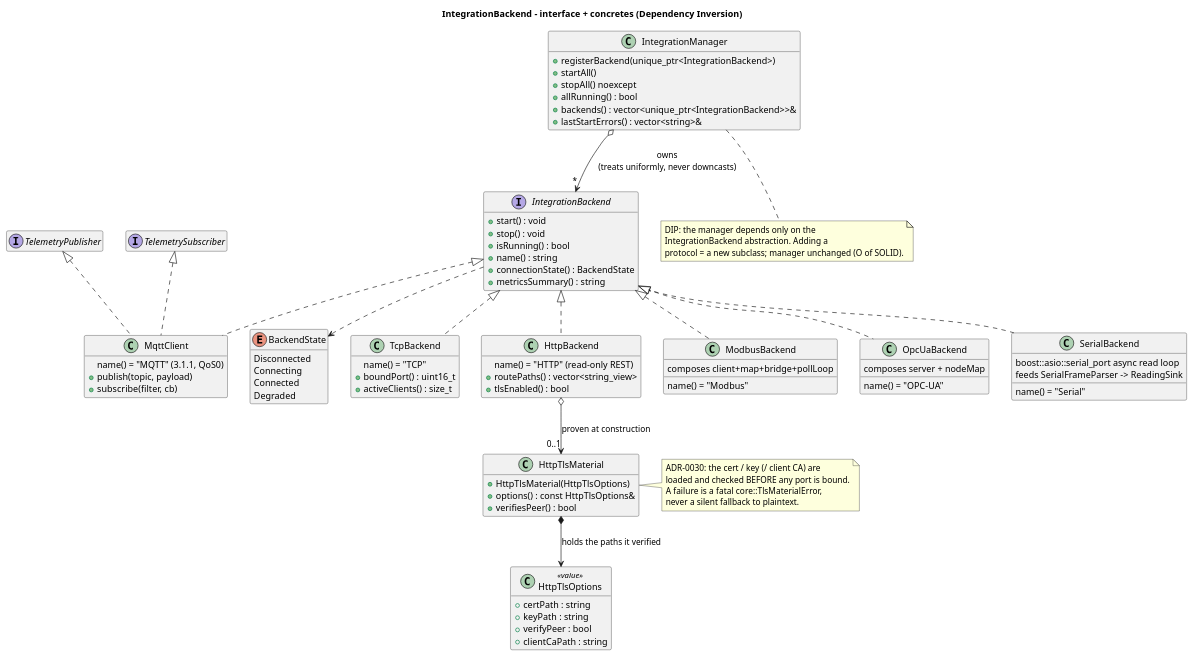
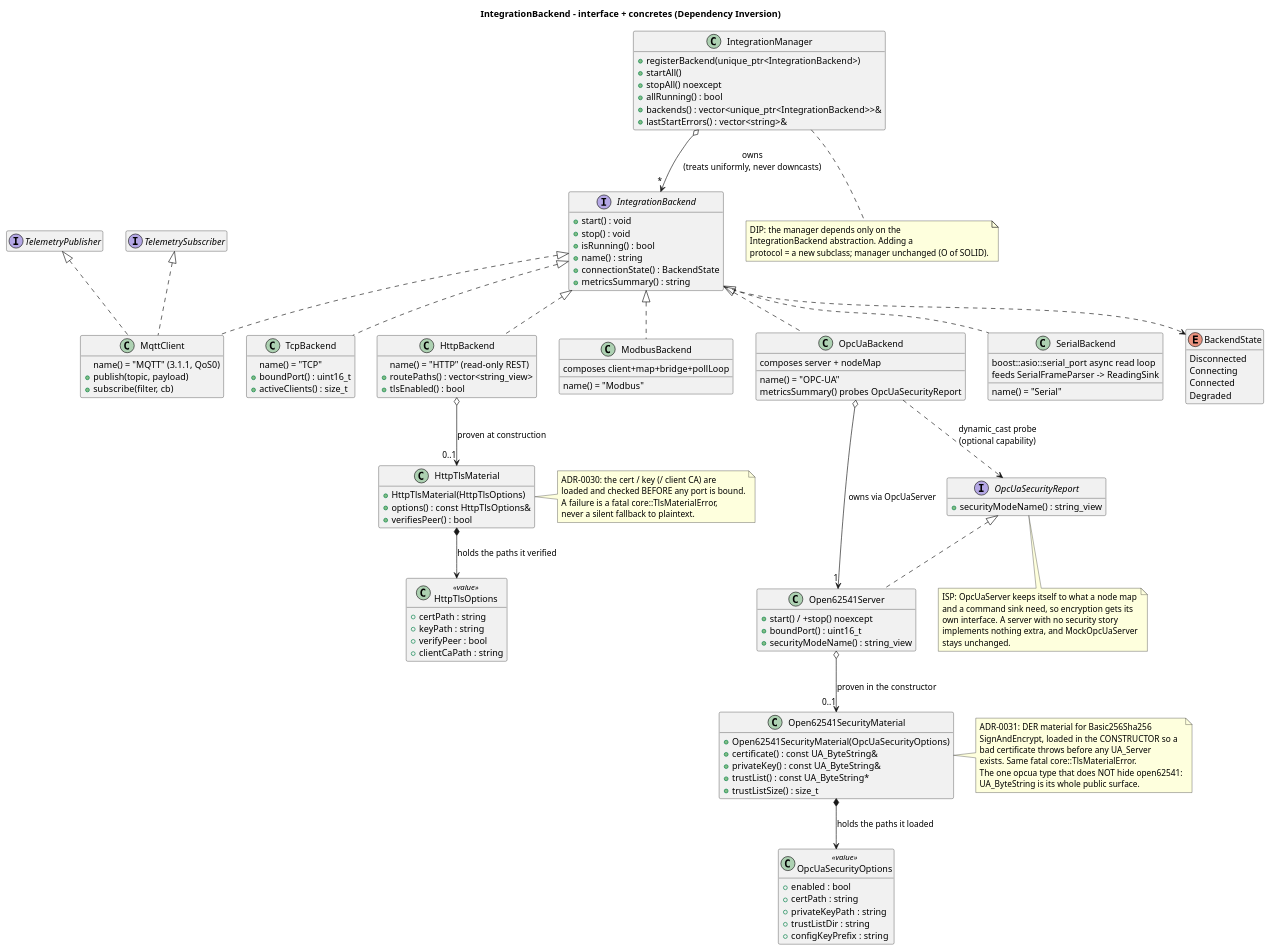
One commit to bogdanbaloi/industrial-hmi changed the diagram in docs/uml/class-integration-backend.puml. Above: the diagram before and after it, drawn with PlantUML. The commit also changed 40 other files, not shown here.

First line of the commit message:
Add Sign and Encrypt to the OPC-UA backend

```diff
--- a/docs/uml/class-integration-backend.puml
+++ b/docs/uml/class-integration-backend.puml
@@ -1,118 +1,170 @@
 @startuml class-integration-backend
 ' Class diagram: IntegrationBackend interface + concrete backends (DIP).
 '
 ' Grounded in real source:
 '   - src/integration/IntegrationBackend.h  (interface + BackendState enum)
 '   - src/integration/IntegrationManager.h  (owns backends by interface)
 '   - src/integration/TcpBackend.h
 '   - src/integration/MqttClient.h  (also TelemetryPublisher/Subscriber)
 '   - src/integration/HttpBackend.h
 '   - src/integration/HttpTlsMaterial.h / HttpTlsOptions.h
 '   - src/integration/modbus/ModbusBackend.h
 '   - src/integration/opcua/OpcUaBackend.h
+'   - src/integration/opcua/Open62541SecurityMaterial.h
+'   - src/integration/opcua/OpcUaSecurityOptions.h / OpcUaSecurityReport.h
 ' Signatures copied verbatim from those headers.
 
 title IntegrationBackend - interface + concretes (Dependency Inversion)
 
 skinparam shadowing false
 hide empty members
 
 enum BackendState {
   Disconnected
   Connecting
   Connected
   Degraded
 }
 
 interface IntegrationBackend {
   +start() : void
   +stop() : void
   +isRunning() : bool
   +name() : string
   +connectionState() : BackendState
   +metricsSummary() : string
 }
 IntegrationBackend ..> BackendState
 
 class IntegrationManager {
   +registerBackend(unique_ptr<IntegrationBackend>)
   +startAll()
   +stopAll() noexcept
   +allRunning() : bool
   +backends() : vector<unique_ptr<IntegrationBackend>>&
   +lastStartErrors() : vector<string>&
 }
 IntegrationManager o--> "*" IntegrationBackend : owns\n(treats uniformly, never downcasts)
 
 class TcpBackend {
   name() = "TCP"
   +boundPort() : uint16_t
   +activeClients() : size_t
 }
 class MqttClient {
   name() = "MQTT" (3.1.1, QoS0)
   +publish(topic, payload)
   +subscribe(filter, cb)
 }
 class HttpBackend {
   name() = "HTTP" (read-only REST)
   +routePaths() : vector<string_view>
   +tlsEnabled() : bool
 }
 
 class HttpTlsOptions <<value>> {
   +certPath : string
   +keyPath : string
   +verifyPeer : bool
   +clientCaPath : string
 }
 
 class HttpTlsMaterial {
   +HttpTlsMaterial(HttpTlsOptions)
   +options() : const HttpTlsOptions&
   +verifiesPeer() : bool
 }
 class ModbusBackend {
   name() = "Modbus"
   composes client+map+bridge+pollLoop
 }
 class OpcUaBackend {
   name() = "OPC-UA"
   composes server + nodeMap
+  metricsSummary() probes OpcUaSecurityReport
+}
+
+interface OpcUaSecurityReport {
+  +securityModeName() : string_view
+}
+
+class Open62541Server {
+  +start() / +stop() noexcept
+  +boundPort() : uint16_t
+  +securityModeName() : string_view
+}
+
+class OpcUaSecurityOptions <<value>> {
+  +enabled : bool
+  +certPath : string
+  +privateKeyPath : string
+  +trustListDir : string
+  +configKeyPrefix : string
+}
+
+class Open62541SecurityMaterial {
+  +Open62541SecurityMaterial(OpcUaSecurityOptions)
+  +certificate() : const UA_ByteString&
+  +privateKey() : const UA_ByteString&
+  +trustList() : const UA_ByteString*
+  +trustListSize() : size_t
 }
 class SerialBackend {
   name() = "Serial"
   boost::asio::serial_port async read loop
   feeds SerialFrameParser -> ReadingSink
 }
 
 interface TelemetryPublisher
 interface TelemetrySubscriber
 
 IntegrationBackend <|.. TcpBackend
 IntegrationBackend <|.. MqttClient
 IntegrationBackend <|.. HttpBackend
 IntegrationBackend <|.. ModbusBackend
 IntegrationBackend <|.. OpcUaBackend
 IntegrationBackend <|.. SerialBackend
 
 TelemetryPublisher  <|.. MqttClient
 TelemetrySubscriber <|.. MqttClient
 
 HttpBackend o--> "0..1" HttpTlsMaterial : proven at construction
 HttpTlsMaterial *--> HttpTlsOptions : holds the paths it verified
 
+OpcUaSecurityReport <|.. Open62541Server
+OpcUaBackend o--> "1" Open62541Server : owns via OpcUaServer
+OpcUaBackend ..> OpcUaSecurityReport : dynamic_cast probe\n(optional capability)
+Open62541Server o--> "0..1" Open62541SecurityMaterial : proven in the constructor
+Open62541SecurityMaterial *--> OpcUaSecurityOptions : holds the paths it loaded
+
 note right of HttpTlsMaterial
   ADR-0030: the cert / key (/ client CA) are
   loaded and checked BEFORE any port is bound.
   A failure is a fatal core::TlsMaterialError,
   never a silent fallback to plaintext.
+end note
+
+note right of Open62541SecurityMaterial
+  ADR-0031: DER material for Basic256Sha256
+  SignAndEncrypt, loaded in the CONSTRUCTOR so a
+  bad certificate throws before any UA_Server
+  exists. Same fatal core::TlsMaterialError.
+  The one opcua type that does NOT hide open62541:
+  UA_ByteString is its whole public surface.
+end note
+
+note bottom of OpcUaSecurityReport
+  ISP: OpcUaServer keeps itself to what a node map
+  and a command sink need, so encryption gets its
+  own interface. A server with no security story
+  implements nothing extra, and MockOpcUaServer
+  stays unchanged.
 end note
 
 note bottom of IntegrationManager
   DIP: the manager depends only on the
   IntegrationBackend abstraction. Adding a
   protocol = a new subclass; manager unchanged (O of SOLID).
 end note
 
 @enduml
```
